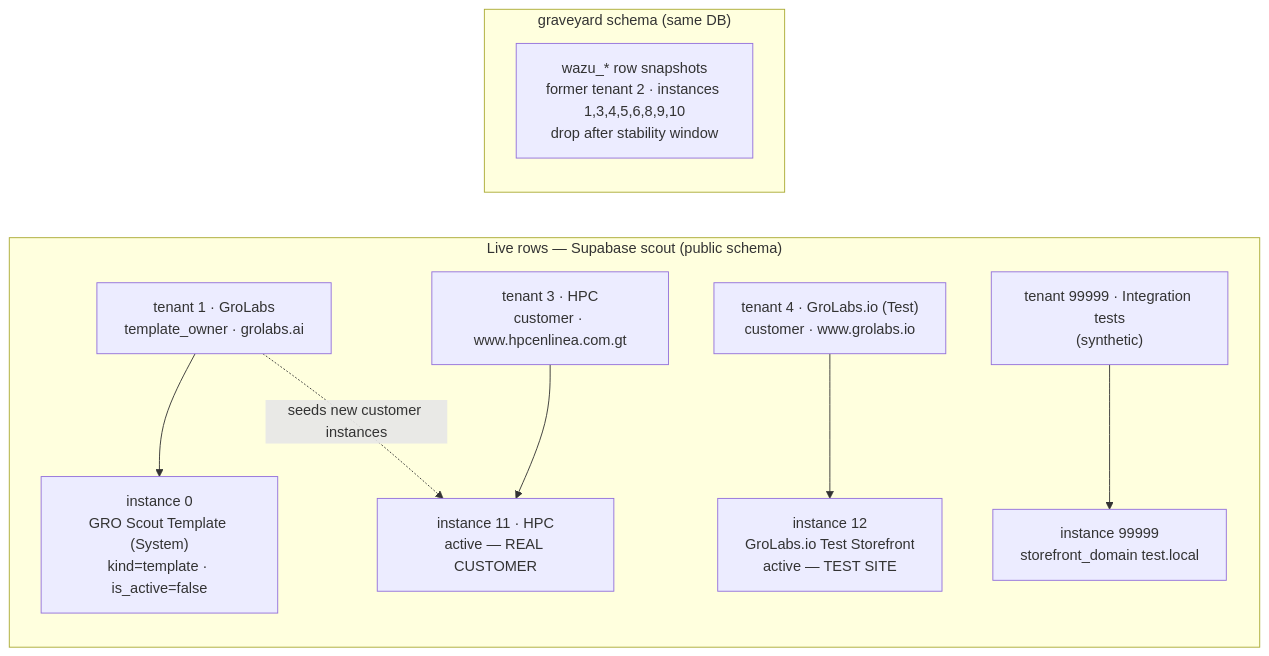
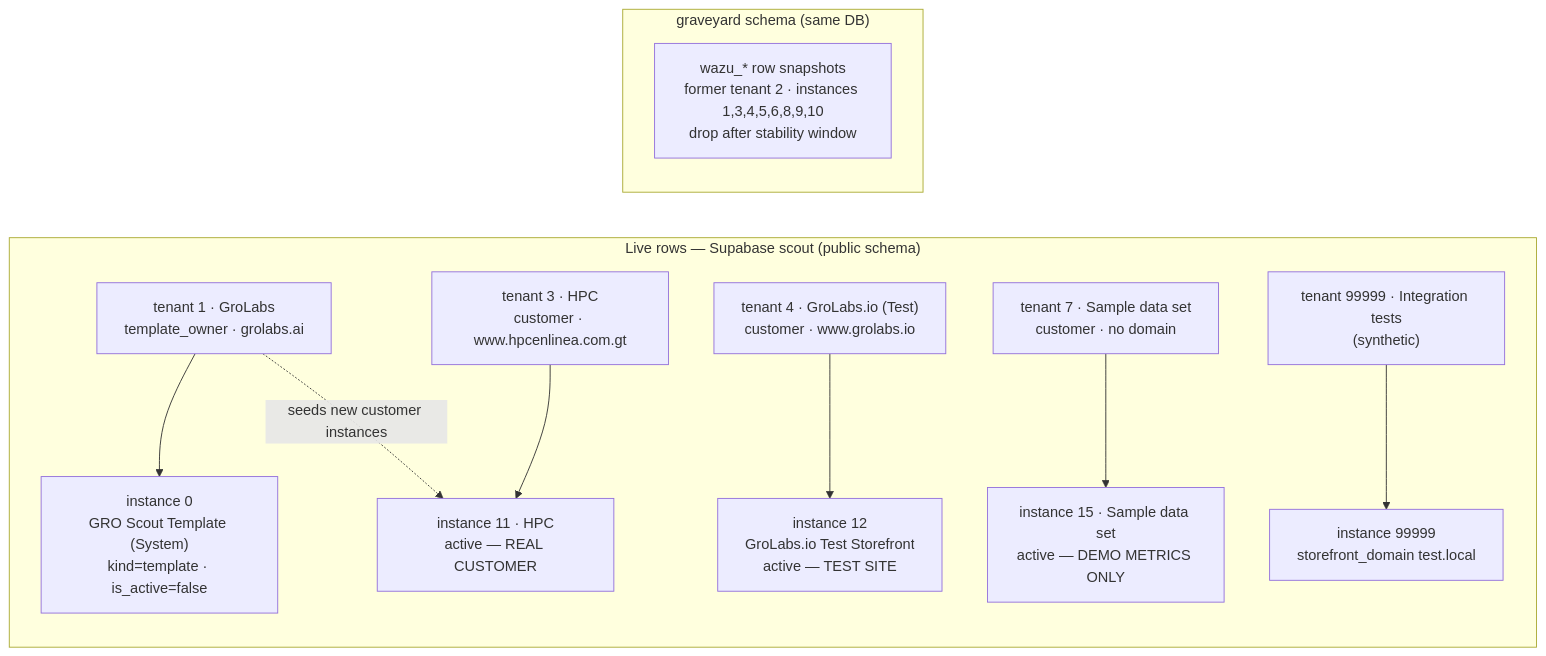
The first of 2 diagrams in docs/state/instances.md (grolabsai/grolabs-app), drawn with Mermaid before and after one commit. The commit also changed other lines of this file, not shown here.

First line of the commit message:
docs(state): record instance 15 'Sample data set' + instance-12 demo-data wipe (#276)

````diff
--- a/docs/state/instances.md
+++ b/docs/state/instances.md
@@ -79,13 +92,14 @@
 ```mermaid
 flowchart LR
   subgraph live["Live rows — Supabase scout (public schema)"]
     T1["tenant 1 · GroLabs<br/>template_owner · grolabs.ai"] --> I0["instance 0<br/>GRO Scout Template (System)<br/>kind=template · is_active=false"]
     T3["tenant 3 · HPC<br/>customer · www.hpcenlinea.com.gt"] --> I11["instance 11 · HPC<br/>active — REAL CUSTOMER"]
     T4["tenant 4 · GroLabs.io (Test)<br/>customer · www.grolabs.io"] --> I12["instance 12<br/>GroLabs.io Test Storefront<br/>active — TEST SITE"]
+    T7["tenant 7 · Sample data set<br/>customer · no domain"] --> I15["instance 15 · Sample data set<br/>active — DEMO METRICS ONLY"]
     T9["tenant 99999 · Integration tests<br/>(synthetic)"] --> I9["instance 99999<br/>storefront_domain test.local"]
   end
   subgraph graveyard["graveyard schema (same DB)"]
     W["wazu_* row snapshots<br/>former tenant 2 · instances 1,3,4,5,6,8,9,10<br/>drop after stability window"]
   end
   T1 -.->|seeds new customer instances| I11
 ```
````
